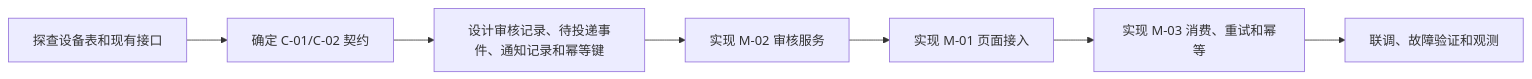
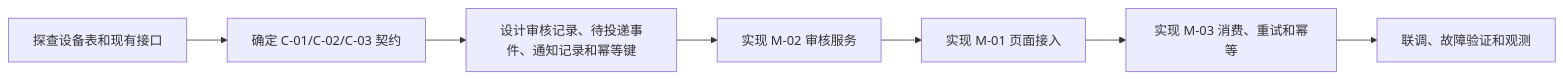
Before and after one commit to kj8686745/aura-skills-release: the second of 3 diagrams in skills/aura-base-backend-development/references/standards/02-详细设计规范/03-技术详细设计文档示例-设备审核通知.md, drawn with Mermaid. The commit also changed other lines of this file and 151 other files, not shown here.

````diff
--- a/skills/aura-base-backend-development/references/standards/02-详细设计规范/03-技术详细设计文档示例-设备审核通知.md
+++ b/skills/aura-base-backend-development/references/standards/02-详细设计规范/03-技术详细设计文档示例-设备审核通知.md
@@ -79,9 +79,9 @@
 ```mermaid
 flowchart LR
-    A[探查设备表和现有接口] --> B[确定 C-01/C-02 契约]
+    A[探查设备表和现有接口] --> B[确定 C-01/C-02/C-03 契约]
     B --> C[设计审核记录、待投递事件、通知记录和幂等键]
     C --> D[实现 M-02 审核服务]
     D --> E[实现 M-01 页面接入]
     E --> F[实现 M-03 消费、重试和幂等]
     F --> G[联调、故障验证和观测]
 ```
````
